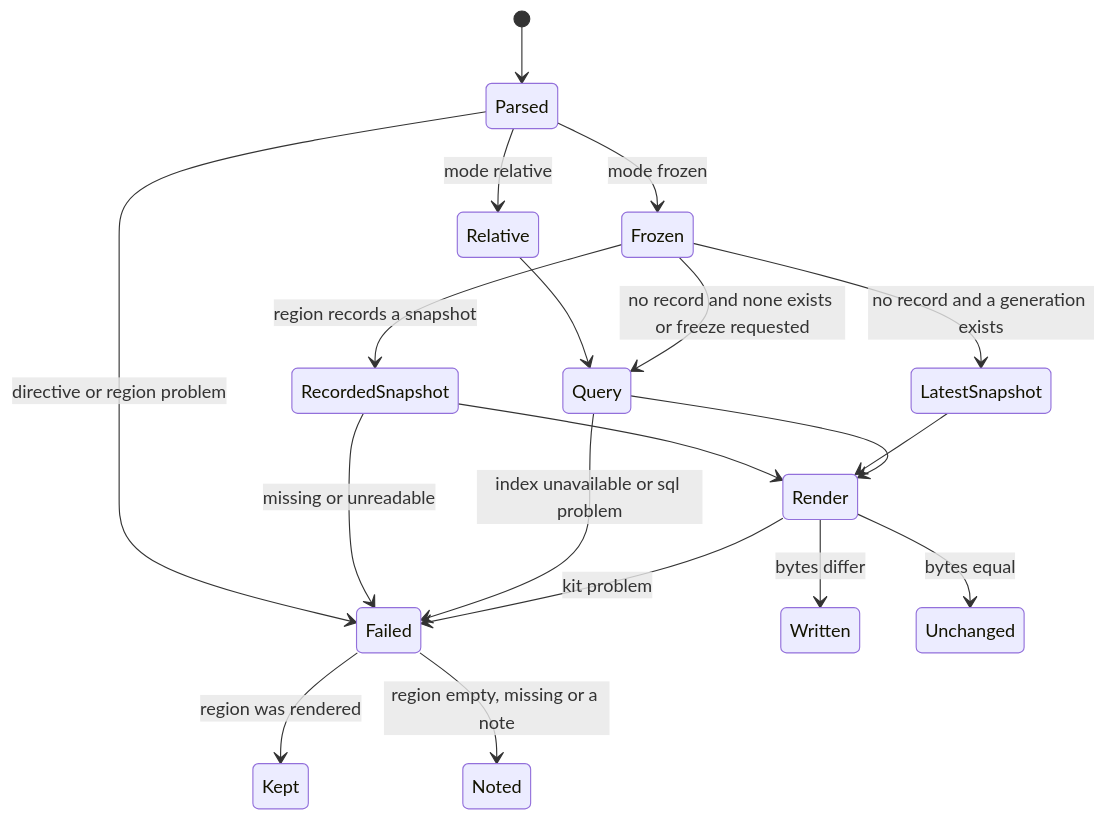
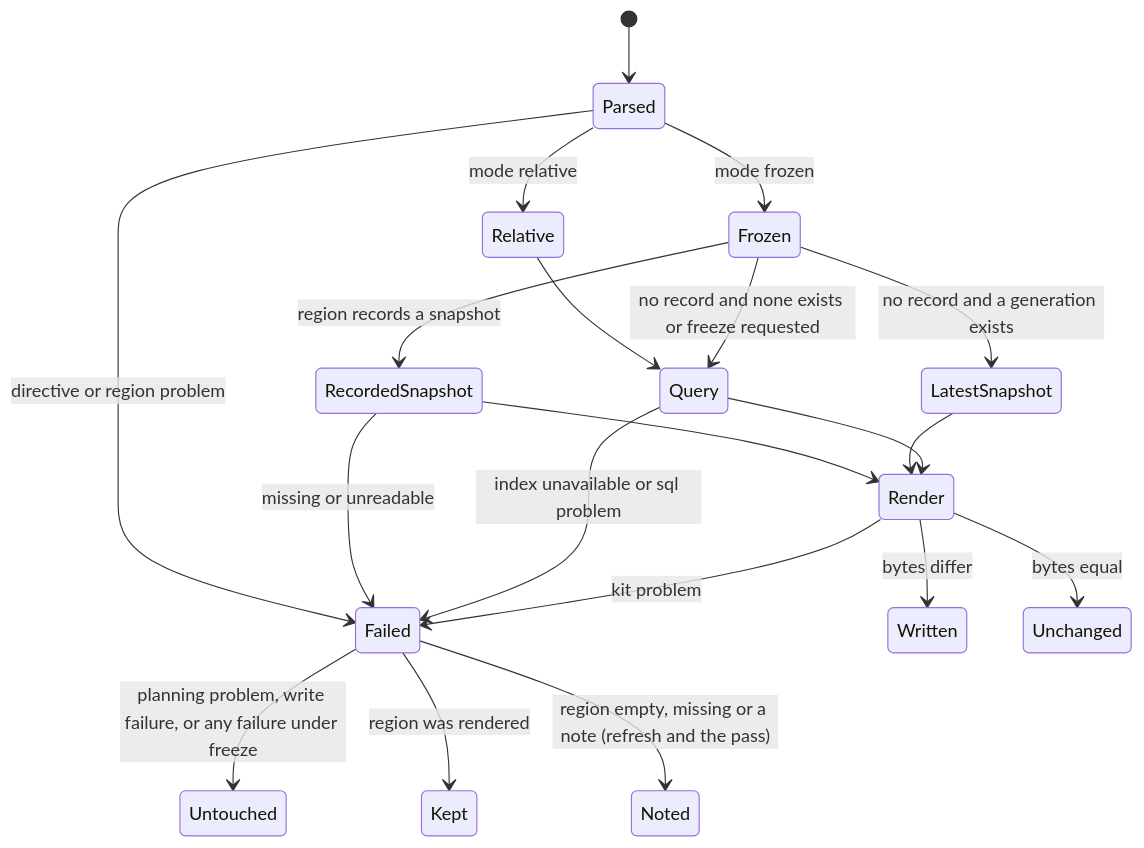
Before and after one commit to joshua-stauffer/fitdocs: the third of 3 diagrams in .kiro/specs/dashboards/design.md, drawn with Mermaid. The commit also changed other lines of this file and 12 other files, not shown here.

````diff
--- a/.kiro/specs/dashboards/design.md
+++ b/.kiro/specs/dashboards/design.md
@@ -379,21 +395,22 @@
 ```mermaid
 stateDiagram-v2
     [*] --> Parsed
     Parsed --> Failed: directive or region problem
     Parsed --> Relative: mode relative
     Parsed --> Frozen: mode frozen
     Relative --> Query
     Frozen --> RecordedSnapshot: region records a snapshot
     Frozen --> LatestSnapshot: no record and a generation exists
     Frozen --> Query: no record and none exists or freeze requested
     RecordedSnapshot --> Failed: missing or unreadable
     RecordedSnapshot --> Render
     LatestSnapshot --> Render
     Query --> Failed: index unavailable or sql problem
     Query --> Render
     Render --> Failed: kit problem
     Render --> Written: bytes differ
     Render --> Unchanged: bytes equal
+    Failed --> Untouched: planning problem, write failure, or any failure under freeze
     Failed --> Kept: region was rendered
-    Failed --> Noted: region empty, missing or a note
+    Failed --> Noted: region empty, missing or a note (refresh and the pass)
 ```
````
